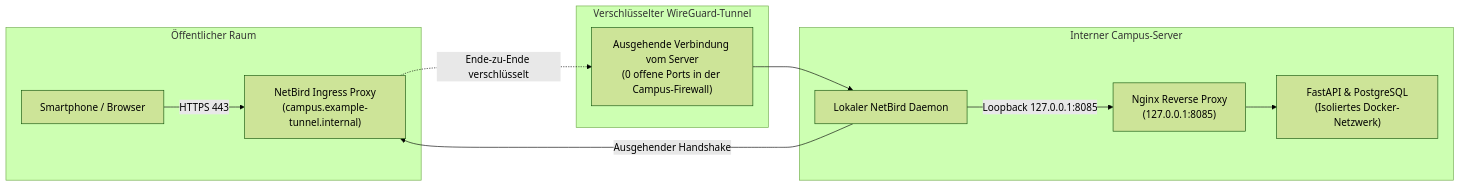
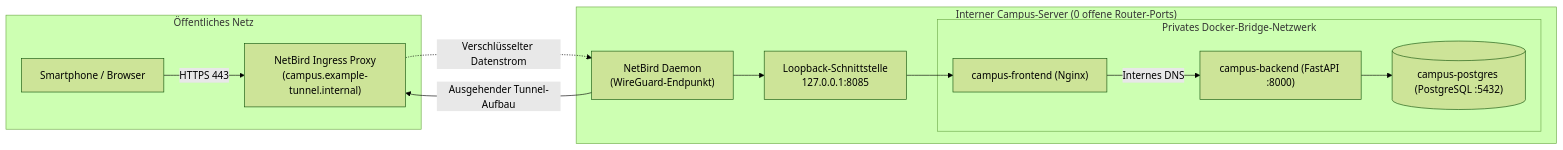
Before and after one commit to Pascal-Thommen/pascal-thommen.github.io: the diagram in content/posts/upa-campus-app-architecture-part-3/index.de.md, drawn with Mermaid (forest theme). The commit also changed other lines of this file and 25 other files, not shown here.

Commit message:
feat(series): greenfield rewrite of UPA Campus App series and language-aware navigation (#17)

````diff
--- a/content/posts/upa-campus-app-architecture-part-3/index.de.md
+++ b/content/posts/upa-campus-app-architecture-part-3/index.de.md
@@ -111,22 +38,22 @@
 ```mermaid
 flowchart LR
-    subgraph PublicNet["Öffentlicher Raum"]
-        Client["Smartphone / Browser"]
-        NetBirdIngress["NetBird Ingress Proxy\n(campus.example-tunnel.internal)"]
+    subgraph Internet["Öffentliches Netz"]
+        Phone["Smartphone / Browser"]
+        Ingress["NetBird Ingress Proxy\n(campus.example-tunnel.internal)"]
     end
-    subgraph TunnelMechanism["Verschlüsselter WireGuard-Tunnel"]
-        Outbound["Ausgehende Verbindung vom Server\n(0 offene Ports in der Campus-Firewall)"]
-    end
-    subgraph PrivateServer["Interner Campus-Server"]
-        NetBirdDaemon["Lokaler NetBird Daemon"]
-        Nginx["Nginx Reverse Proxy\n(127.0.0.1:8085)"]
-        AppServices["FastAPI & PostgreSQL\n(Isoliertes Docker-Netzwerk)"]
+    subgraph CampusHost["Interner Campus-Server (0 offene Router-Ports)"]
+        Daemon["NetBird Daemon\n(WireGuard-Endpunkt)"]
+        Loopback["Loopback-Schnittstelle\n127.0.0.1:8085"]
+        subgraph DockerNet["Privates Docker-Bridge-Netzwerk"]
+            Nginx["campus-frontend (Nginx)"]
+            FastAPI["campus-backend (FastAPI :8000)"]
+            PG[("campus-postgres (PostgreSQL :5432)")]
+        end
     end
 
-    Client -->|HTTPS 443| NetBirdIngress
-    NetBirdDaemon -->|Ausgehender Handshake| NetBirdIngress
-    NetBirdIngress -.->|Ende-zu-Ende verschlüsselt| Outbound
-    Outbound --> NetBirdDaemon
-    NetBirdDaemon -->|Loopback 127.0.0.1:8085| Nginx
-    Nginx --> AppServices
+    Phone -->|HTTPS 443| Ingress
+    Daemon -->|Ausgehender Tunnel-Aufbau| Ingress
+    Ingress -.->|Verschlüsselter Datenstrom| Daemon
+    Daemon --> Loopback --> Nginx
+    Nginx -->|Internes DNS| FastAPI --> PG
 ```
````
